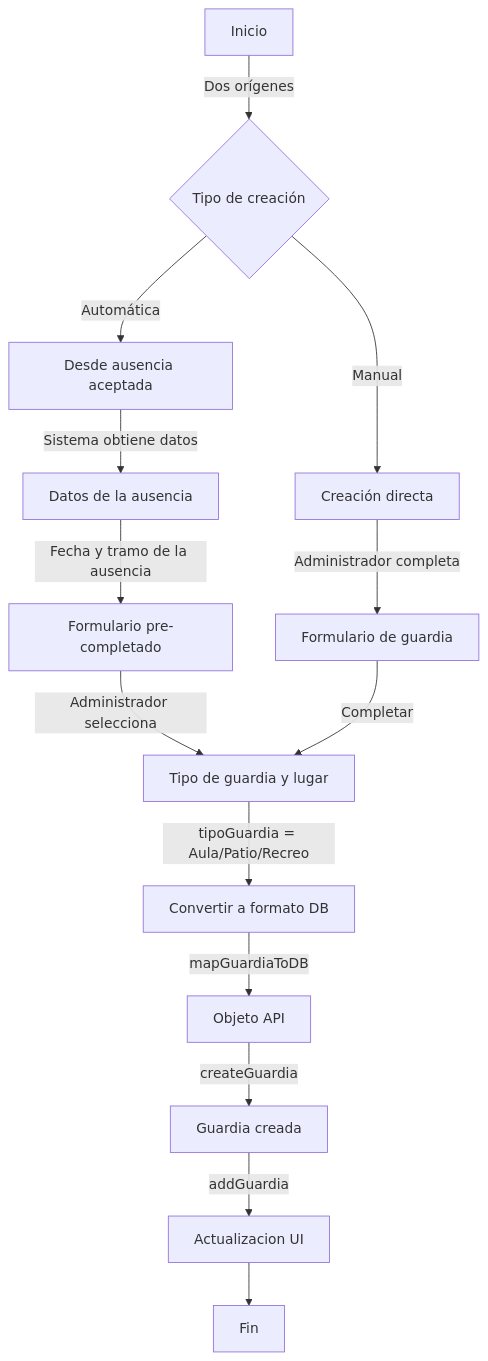
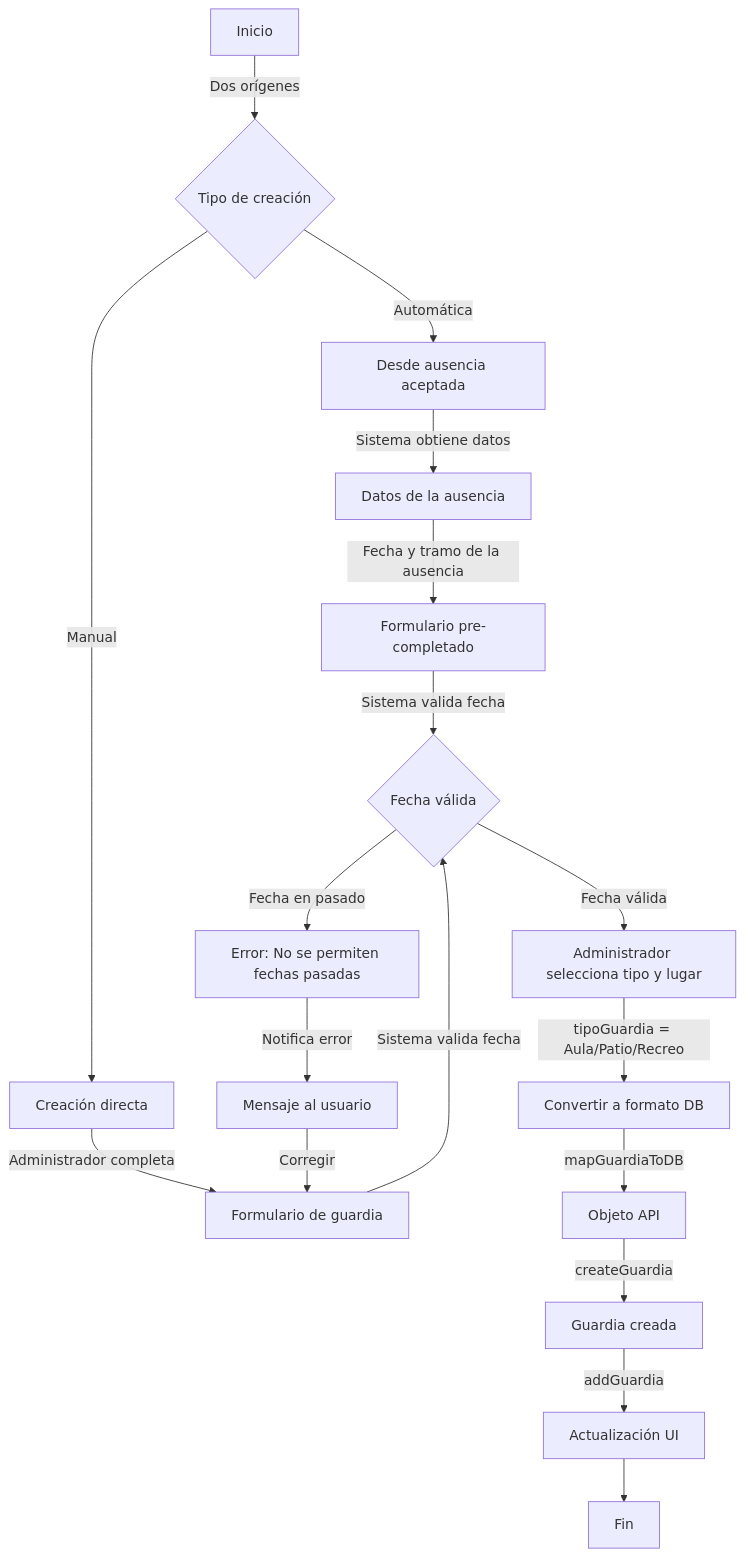
Before and after one commit to RGiskard7/gestion-guardias: diagram 18 of 22 in doc/DIAGRAMAS-FLUJO.md, drawn with Mermaid. The commit also changed other lines of this file and 6 other files, not shown here.

````diff
--- a/doc/DIAGRAMAS-FLUJO.md
+++ b/doc/DIAGRAMAS-FLUJO.md
@@ -362,22 +367,28 @@
 ```mermaid
 flowchart TD
     A[Inicio] -->|Dos orígenes| B{Tipo de creación}
     
     B -->|Automática| C[Desde ausencia aceptada]
     B -->|Manual| D[Creación directa]
     
     C -->|Sistema obtiene datos| E[Datos de la ausencia]
     E -->|Fecha y tramo de la ausencia| F[Formulario pre-completado]
     
     D -->|Administrador completa| G[Formulario de guardia]
     
-    F -->|Administrador selecciona| H[Tipo de guardia y lugar]
-    G -->|Completar| H
+    F -->|Sistema valida fecha| H{Fecha válida}
+    G -->|Sistema valida fecha| H
     
-    H -->|"tipoGuardia = Aula/Patio/Recreo"| I[Convertir a formato DB]
-    I -->|mapGuardiaToDB| J[Objeto API]
-    J -->|createGuardia| K[Guardia creada]
+    H -->|Fecha en pasado| I[Error: No se permiten fechas pasadas]
+    I -->|Notifica error| J[Mensaje al usuario]
+    J -->|Corregir| G
     
-    K -->|addGuardia| L[Actualizacion UI]
-    L --> M[Fin]
+    H -->|Fecha válida| K[Administrador selecciona tipo y lugar]
+    
+    K -->|"tipoGuardia = Aula/Patio/Recreo"| L[Convertir a formato DB]
+    L -->|mapGuardiaToDB| M[Objeto API]
+    M -->|createGuardia| N[Guardia creada]
+    
+    N -->|addGuardia| O[Actualización UI]
+    O --> P[Fin]
 ```
````
